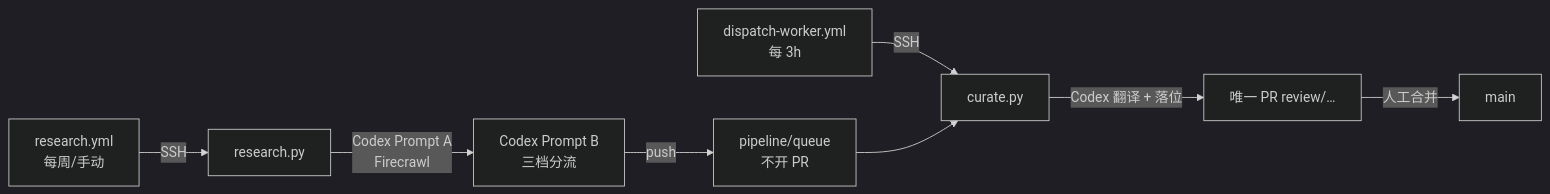
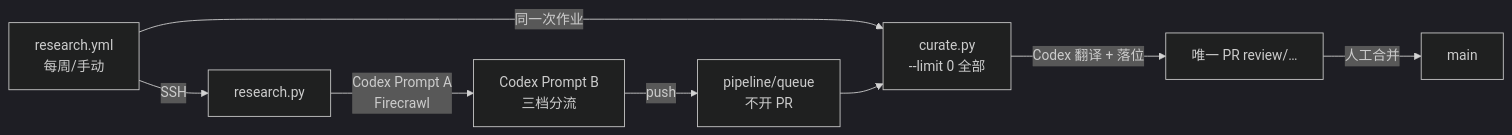
Before and after one commit to wsjwu58-cmd/Obsidian-workFlow: the diagram in README.md, drawn with Mermaid (dark theme). The commit also changed other lines of this file and 6 other files, not shown here.

Commit message:
feat: drop 3h dispatch; research runs full curate in one shot (#31)

````diff
--- a/README.md
+++ b/README.md
@@ -19,10 +19,10 @@
 ```mermaid
 flowchart LR
   R[research.yml<br/>每周/手动] -->|SSH| A[research.py]
   A -->|Codex Prompt A<br/>Firecrawl| B[Codex Prompt B<br/>三档分流]
   B -->|push| Q[pipeline/queue<br/>不开 PR]
-  D[dispatch-worker.yml<br/>每 3h] -->|SSH| C[curate.py]
+  R -->|同一次作业| C[curate.py<br/>--limit 0 全部]
   Q --> C
   C -->|Codex 翻译 + 落位| P[唯一 PR review/…]
   P -->|人工合并| M[main]
 ```
````
